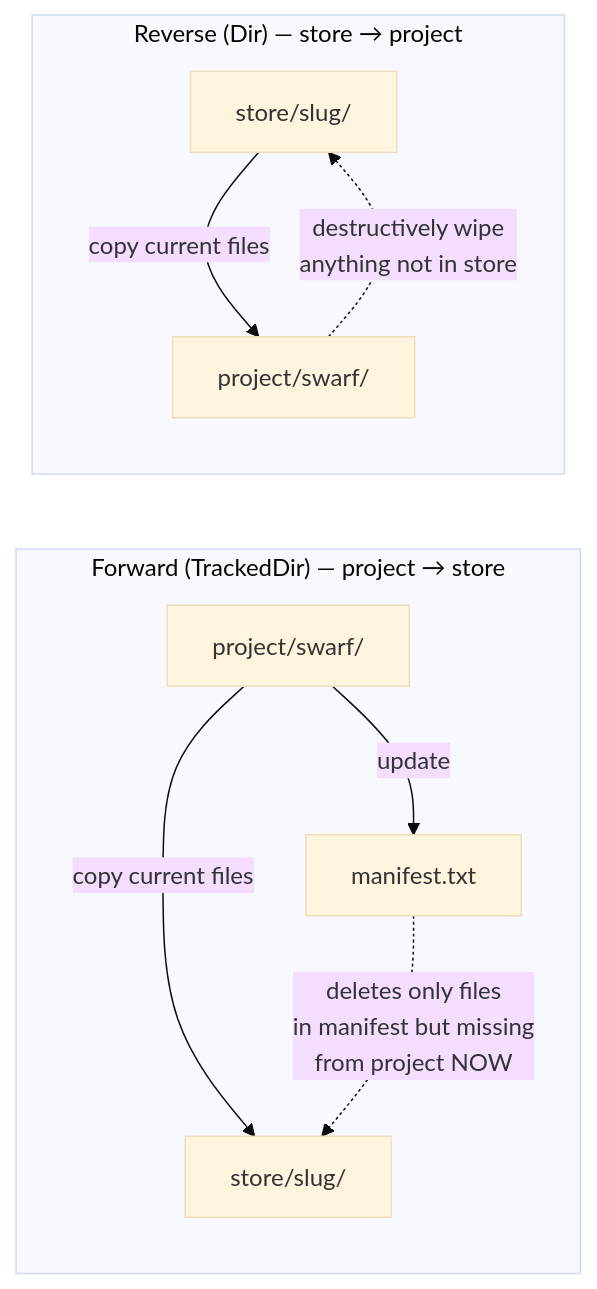
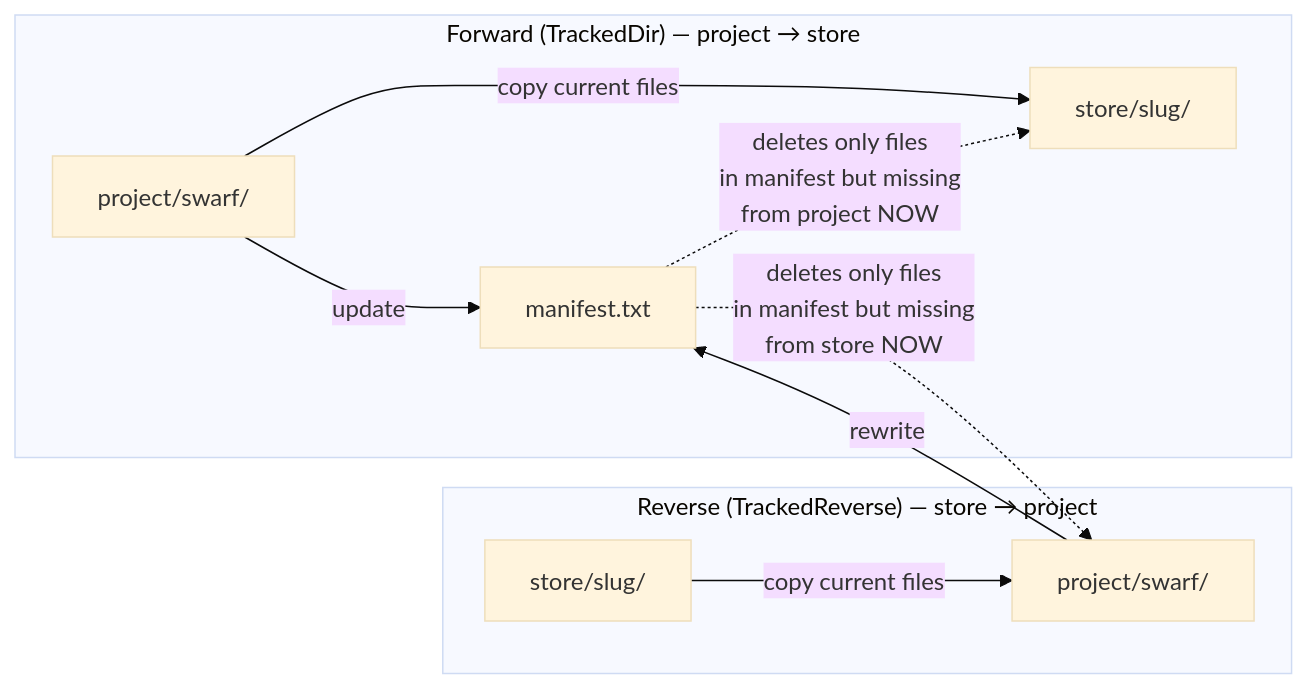
One commit to mschulkind-oss/swarf changed the first of 14 diagrams in docs/SYNC_SCENARIOS.md. Above: the diagram before and after it, drawn with Mermaid (base theme). The commit also changed other lines of this file and 4 other files, not shown here.

First line of the commit message:
feat(pull): reverse mirror deletes only what it has seen synced

````diff
--- a/docs/SYNC_SCENARIOS.md
+++ b/docs/SYNC_SCENARIOS.md
@@ -38,12 +41,13 @@
 ```mermaid
 flowchart LR
     subgraph Forward[" Forward (TrackedDir) — project → store "]
         A[project/swarf/] -->|copy current files| B[store/slug/]
         M[manifest.txt] -.->|"deletes only files\nin manifest but missing\nfrom project NOW"| B
         A -->|update| M
     end
-    subgraph Reverse[" Reverse (Dir) — store → project "]
+    subgraph Reverse[" Reverse (TrackedReverse) — store → project "]
         C[store/slug/] -->|copy current files| D[project/swarf/]
-        D -.->|"destructively wipe\nanything not in store"| C
+        M -.->|"deletes only files\nin manifest but missing\nfrom store NOW"| D
+        D -->|rewrite| M
     end
 ```
````
